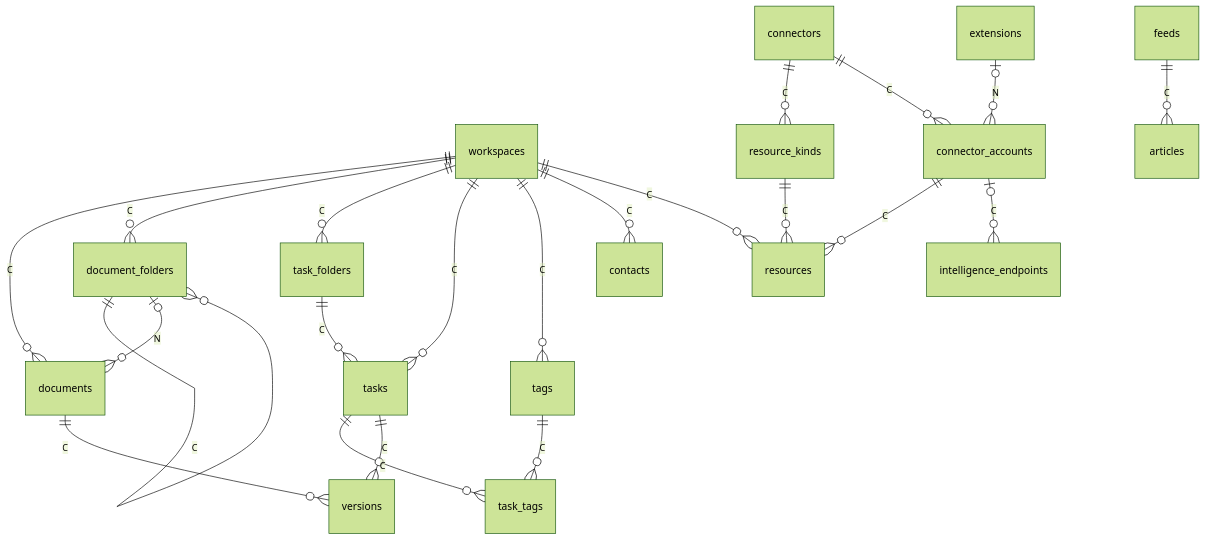
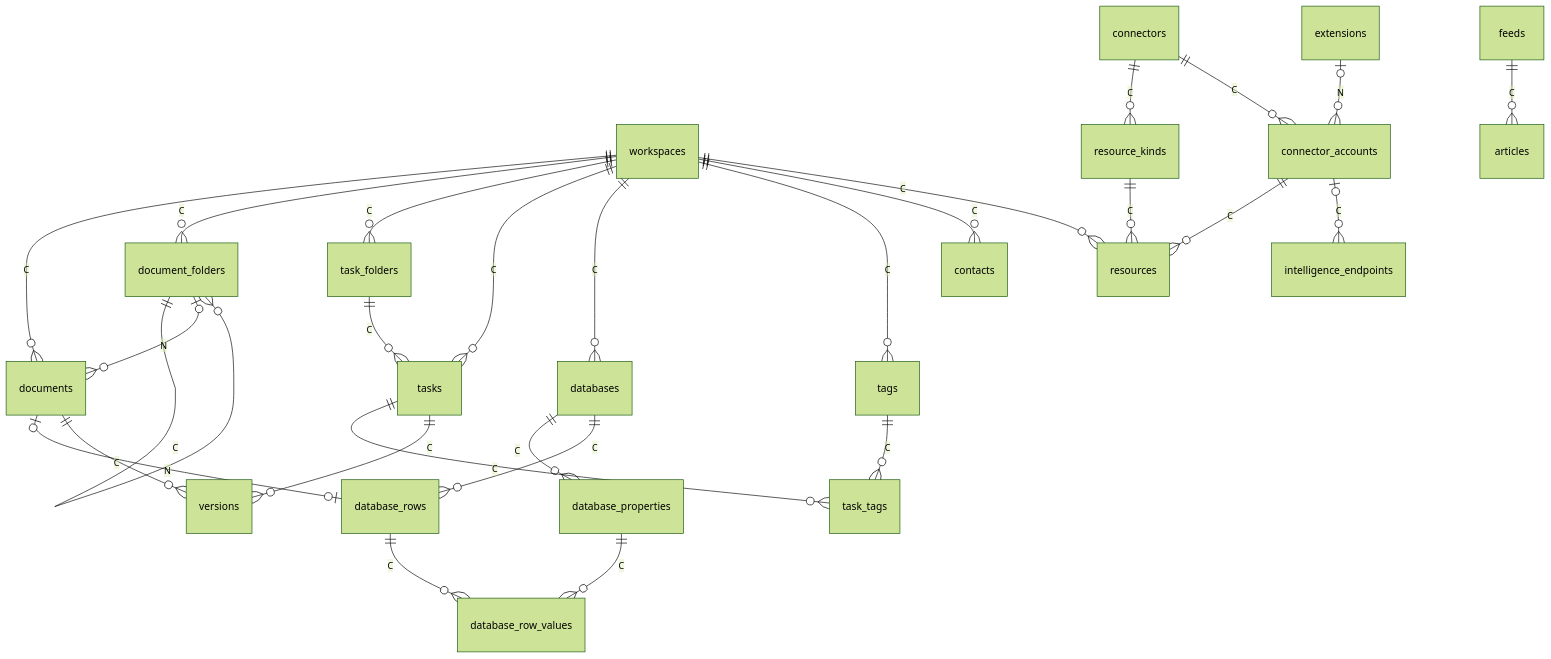
The sixth of 10 diagrams in docs/architecture.md (cohesionhq/cohesion), drawn with Mermaid (forest theme) before and after one commit. The commit also changed other lines of this file and 30 other files, not shown here.

First line of the commit message:
feat(databases): a workspace holds databases of typed properties, rows and values

````diff
--- a/docs/architecture.md
+++ b/docs/architecture.md
@@ -912,24 +968,30 @@
 ```mermaid
 erDiagram
   workspaces ||--o{ documents : C
   workspaces ||--o{ document_folders : C
   document_folders ||--o{ document_folders : C
   document_folders |o--o{ documents : N
   workspaces ||--o{ task_folders : C
   workspaces ||--o{ tasks : C
+  workspaces ||--o{ databases : C
+  databases ||--o{ database_properties : C
+  databases ||--o{ database_rows : C
+  database_rows ||--o{ database_row_values : C
+  database_properties ||--o{ database_row_values : C
+  documents |o--o| database_rows : N
   task_folders ||--o{ tasks : C
   workspaces ||--o{ tags : C
   tasks ||--o{ task_tags : C
   tags ||--o{ task_tags : C
   workspaces ||--o{ contacts : C
   tasks ||--o{ versions : C
   documents ||--o{ versions : C
   workspaces ||--o{ resources : C
   connector_accounts ||--o{ resources : C
   resource_kinds ||--o{ resources : C
   connectors ||--o{ resource_kinds : C
   connectors ||--o{ connector_accounts : C
   extensions |o--o{ connector_accounts : N
   connector_accounts |o--o{ intelligence_endpoints : C
   feeds ||--o{ articles : C
 ```
````
